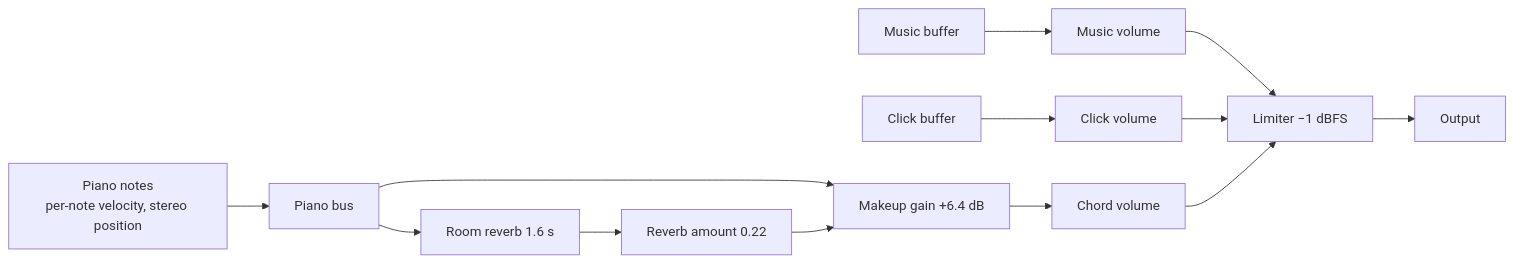
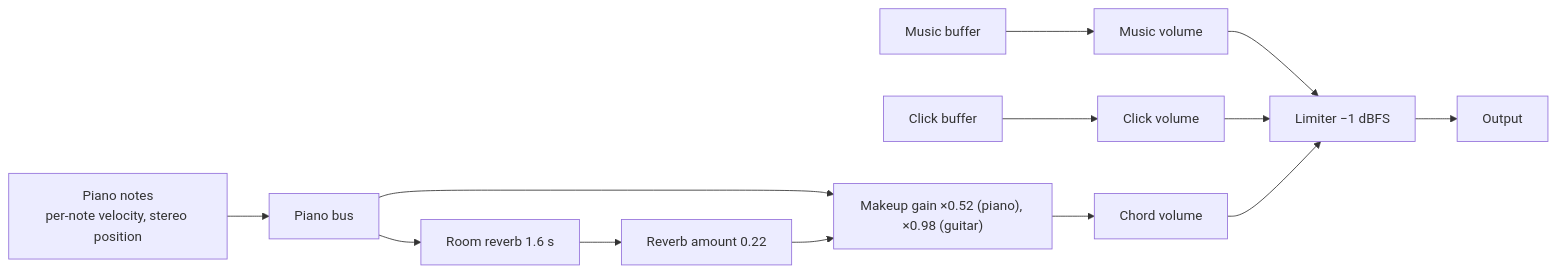
Before and after one commit to Velvitty/Chordity: the third of 3 diagrams in README.en.md, drawn with Mermaid. The commit also changed other lines of this file and 9 other files, not shown here.

````diff
--- a/README.en.md
+++ b/README.en.md
@@ -1257,13 +1358,13 @@
 ```mermaid
 flowchart LR
   M["Music buffer"] --> GM["Music volume"]
   C["Click buffer"] --> GC["Click volume"]
   P["Piano notes<br/>per-note velocity, stereo position"] --> PB["Piano bus"]
-  PB --> MK["Makeup gain +6.4 dB"]
+  PB --> MK["Makeup gain ×0.52 (piano), ×0.98 (guitar)"]
   PB --> RV["Room reverb 1.6 s"] --> W["Reverb amount 0.22"] --> MK
   MK --> GP["Chord volume"]
   GM --> L["Limiter −1 dBFS"]
   GC --> L
   GP --> L
   L --> O["Output"]
 ```
````
